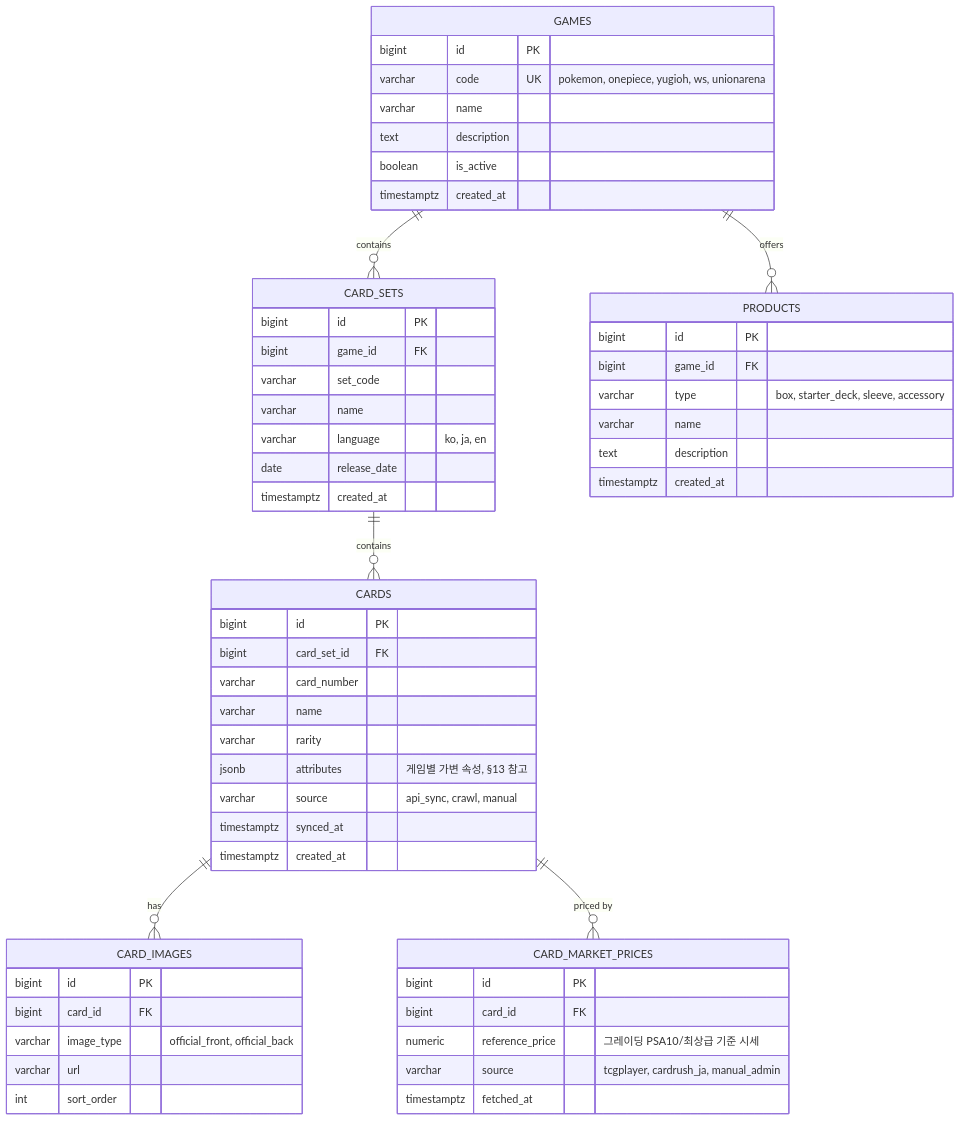
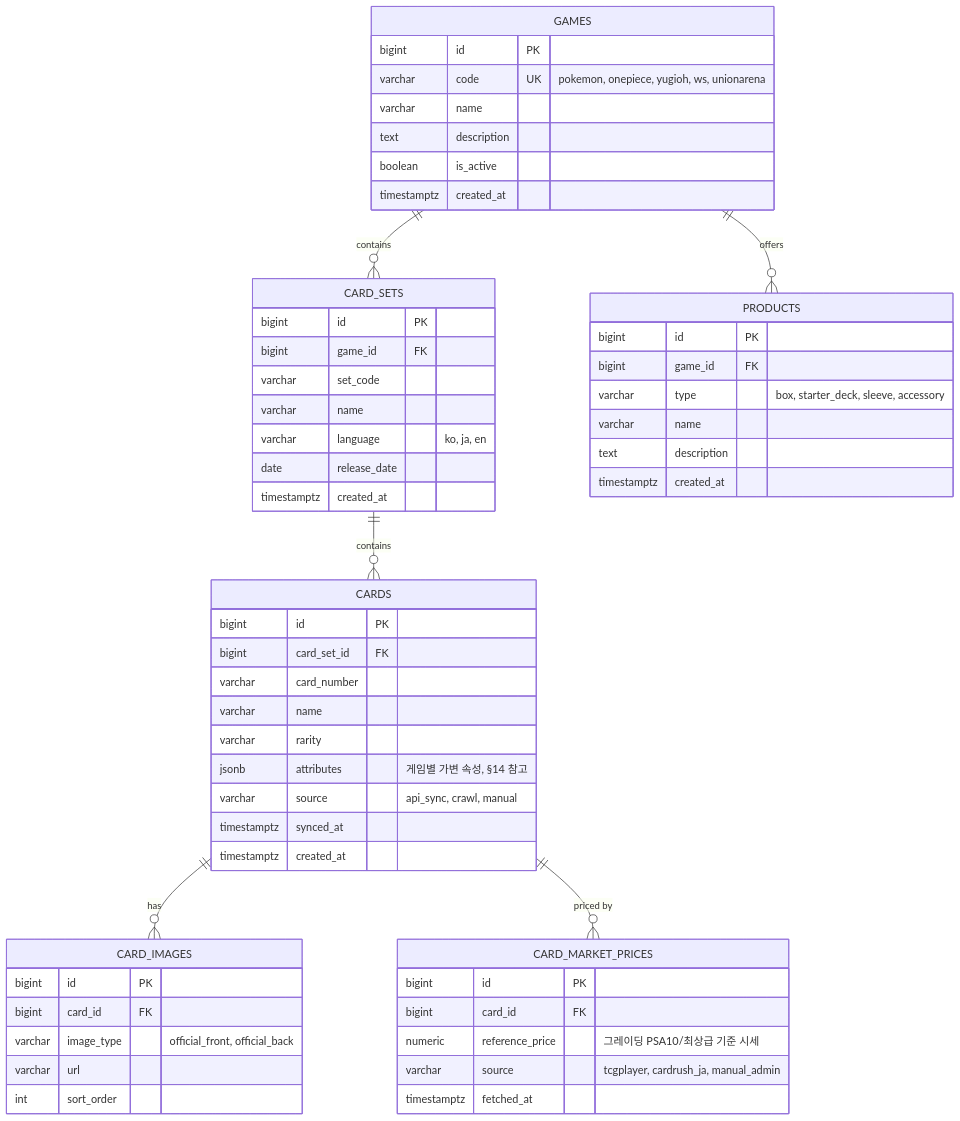
One commit to WinLakeLee/WinLakeLee changed the third of 13 diagrams in docs/ERD.md. Above: the diagram before and after it, drawn with Mermaid. The commit also changed other lines of this file and 1 other file, not shown here.

````diff
--- a/docs/ERD.md
+++ b/docs/ERD.md
@@ -163,64 +164,64 @@
 ```mermaid
 erDiagram
     GAMES ||--o{ CARD_SETS : contains
     CARD_SETS ||--o{ CARDS : contains
     CARDS ||--o{ CARD_IMAGES : has
     CARDS ||--o{ CARD_MARKET_PRICES : "priced by"
     GAMES ||--o{ PRODUCTS : offers
 
     GAMES {
         bigint id PK
         varchar code UK "pokemon, onepiece, yugioh, ws, unionarena"
         varchar name
         text description
         boolean is_active
         timestamptz created_at
     }
 
     CARD_SETS {
         bigint id PK
         bigint game_id FK
         varchar set_code
         varchar name
         varchar language "ko, ja, en"
         date release_date
         timestamptz created_at
     }
 
     CARDS {
         bigint id PK
         bigint card_set_id FK
         varchar card_number
         varchar name
         varchar rarity
-        jsonb attributes "게임별 가변 속성, §13 참고"
+        jsonb attributes "게임별 가변 속성, §14 참고"
         varchar source "api_sync, crawl, manual"
         timestamptz synced_at
         timestamptz created_at
     }
 
     CARD_IMAGES {
         bigint id PK
         bigint card_id FK
         varchar image_type "official_front, official_back"
         varchar url
         int sort_order
     }
 
     PRODUCTS {
         bigint id PK
         bigint game_id FK
         varchar type "box, starter_deck, sleeve, accessory"
         varchar name
         text description
         timestamptz created_at
     }
 
     CARD_MARKET_PRICES {
         bigint id PK
         bigint card_id FK
         numeric reference_price "그레이딩 PSA10/최상급 기준 시세"
         varchar source "tcgplayer, cardrush_ja, manual_admin"
         timestamptz fetched_at
     }
 ```
````
